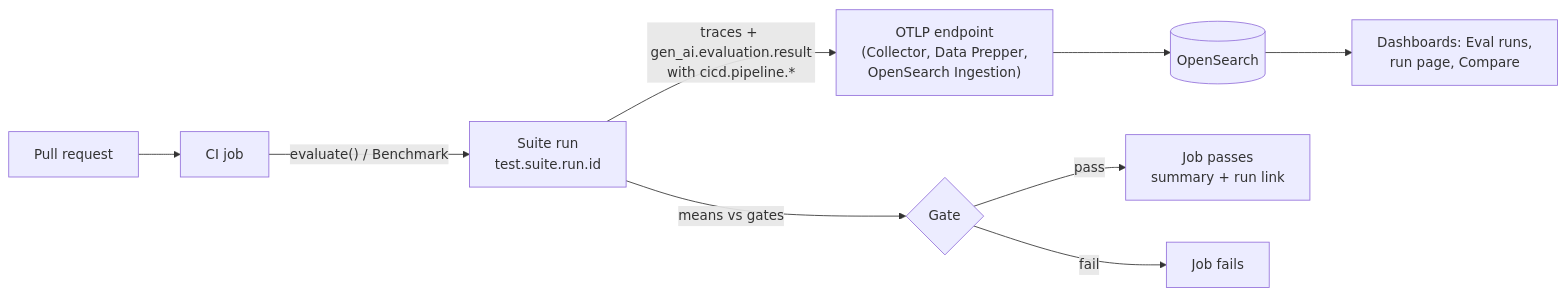
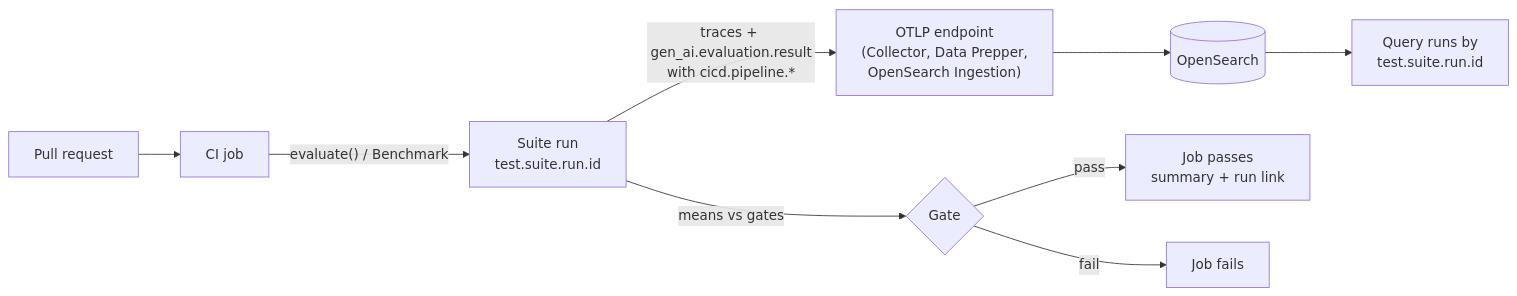
One commit to opensearch-project/observability-stack changed the diagram in docs/starlight-docs/src/content/docs/agent-evals/ci.mdx. Above: the diagram before and after it, drawn with Mermaid. The commit also changed other lines of this file and 6 other files, not shown here.

````diff
--- a/docs/starlight-docs/src/content/docs/agent-evals/ci.mdx
+++ b/docs/starlight-docs/src/content/docs/agent-evals/ci.mdx
@@ -16,11 +16,11 @@
 ```mermaid
 flowchart LR
     PR["Pull request"] --> J["CI job"]
     J -->|"evaluate() / Benchmark"| S["Suite run<br/>test.suite.run.id"]
     S -->|"traces + gen_ai.evaluation.result<br/>with cicd.pipeline.*"| P["OTLP endpoint<br/>(Collector, Data Prepper,<br/>OpenSearch Ingestion)"]
     P --> O[("OpenSearch")]
     S -->|"means vs gates"| G{"Gate"}
     G -->|"pass"| OK["Job passes<br/>summary + run link"]
     G -->|"fail"| KO["Job fails"]
-    O --> D["Dashboards: Eval runs,<br/>run page, Compare"]
+    O --> Q["Query runs by<br/>test.suite.run.id"]
 ```
````
